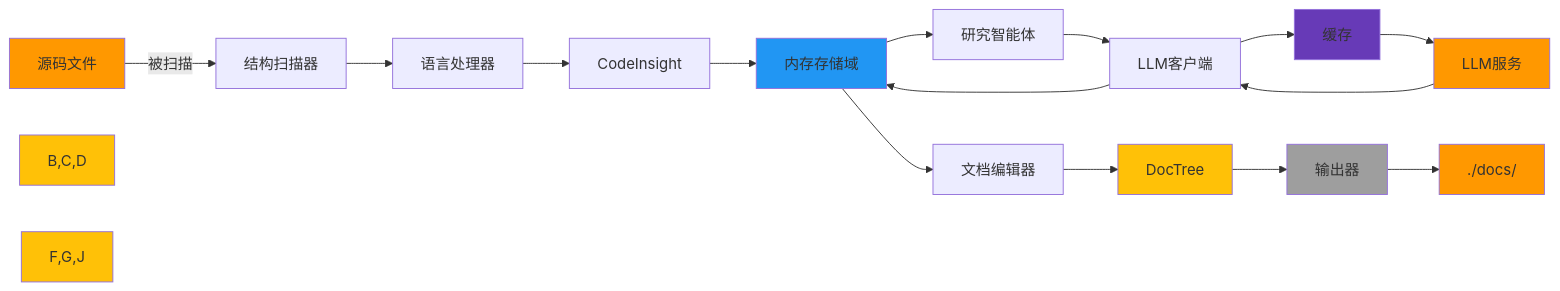
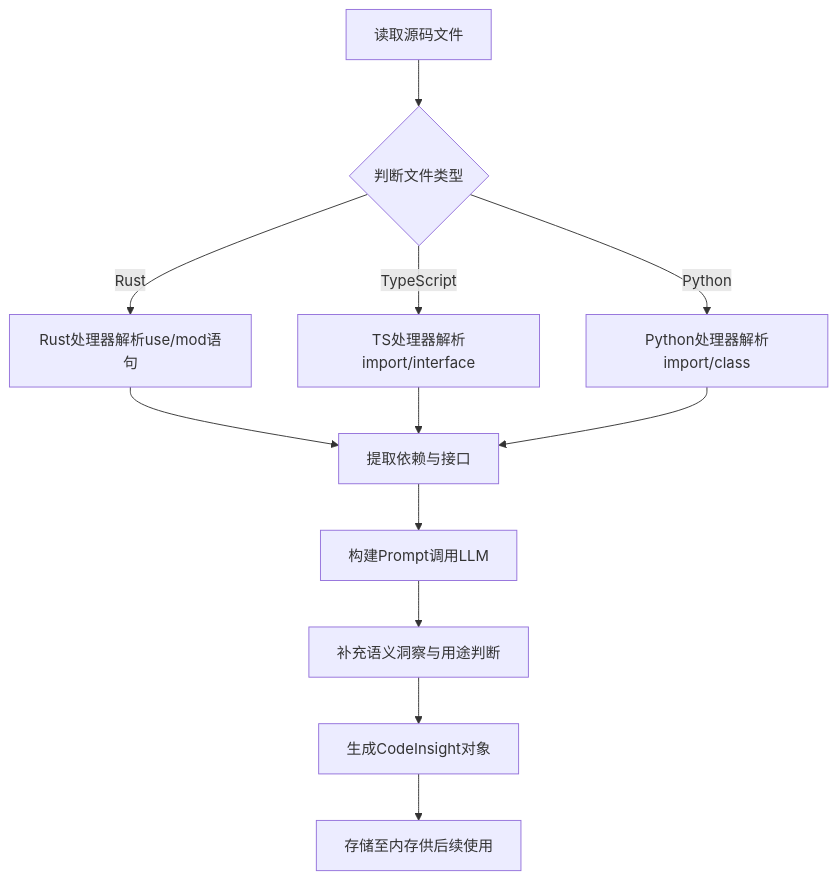
One commit to BigtoC/deepwiki-rs changed the fifth of 7 diagrams in docs/2、架构概览.md. Above: the diagram before and after it, drawn with Mermaid. The commit also changed other lines of this file and 24 other files, not shown here.

````diff
--- a/docs/2、架构概览.md
+++ b/docs/2、架构概览.md
@@ -535,27 +363,14 @@
 ```mermaid
-graph LR
-    A[源码文件] -->|被扫描| B[结构扫描器]
-    B --> C[语言处理器]
-    C --> D[CodeInsight]
-    D --> E[内存存储域]
-    E --> F[研究智能体]
-    F --> G[LLM客户端]
-    G --> H[缓存]
-    H --> I[LLM服务]
-    I --> G
-    G --> E
-    E --> J[文档编辑器]
-    J --> K[DocTree]
-    K --> L[输出器]
-    L --> M[./docs/]
-
-    style A fill:#FF9800
-    style B,C,D fill:#FFC107
-    style E fill:#2196F3
-    style F,G,J fill:#FFC107
-    style H fill:#673AB7
-    style I fill:#FF9800
-    style K fill:#FFC107
-    style L fill:#9E9E9E
-    style M fill:#FF9800
+graph TD
+    A[读取源码文件] --> B{判断文件类型}
+    B -->|Rust| C[Rust处理器解析use/mod语句]
+    B -->|TypeScript| D[TS处理器解析import/interface]
+    B -->|Python| E[Python处理器解析import/class]
+    C --> F[提取依赖与接口]
+    D --> F
+    E --> F
+    F --> G[构建Prompt调用LLM]
+    G --> H[补充语义洞察与用途判断]
+    H --> I[生成CodeInsight对象]
+    I --> J[存储至内存供后续使用]
 ```
````
